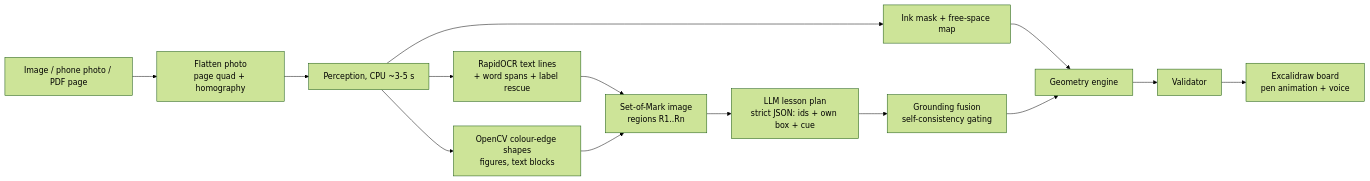
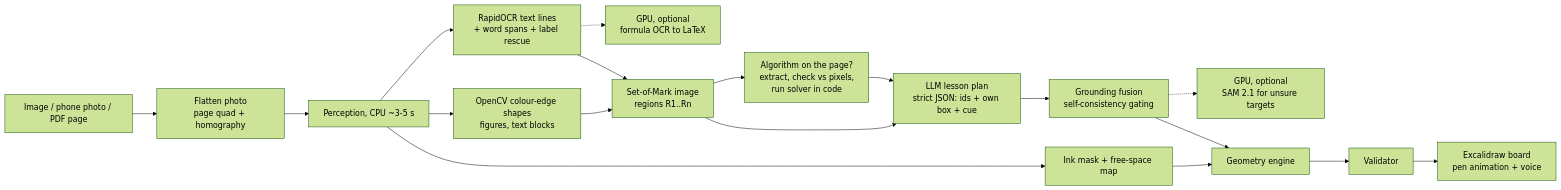
The diagram in README.md (AuvroIslam/DrawExplain), drawn with Mermaid (forest theme) before and after one commit. The commit also changed other lines of this file and 1 other file, not shown here.

Commit message:
Document solver, GPU and benchmark results

````diff
--- a/README.md
+++ b/README.md
@@ -35,13 +40,17 @@
 ```mermaid
 flowchart LR
   A[Image / phone photo / PDF page] --> B[Flatten photo<br/>page quad + homography]
   B --> C[Perception, CPU ~3-5 s]
   C --> C1[RapidOCR text lines<br/>+ word spans + label rescue]
   C --> C2[OpenCV colour-edge shapes<br/>figures, text blocks]
   C --> C3[Ink mask + free-space map]
+  C1 -.-> L[GPU, optional<br/>formula OCR to LaTeX]
   C1 & C2 --> D[Set-of-Mark image<br/>regions R1..Rn]
-  D --> E[LLM lesson plan<br/>strict JSON: ids + own box + cue]
+  D --> S[Algorithm on the page?<br/>extract, check vs pixels,<br/>run solver in code]
+  S --> E[LLM lesson plan<br/>strict JSON: ids + own box + cue]
+  D --> E
   E --> F[Grounding fusion<br/>self-consistency gating]
+  F -.-> M[GPU, optional<br/>SAM 2.1 for unsure targets]
   C3 --> G[Geometry engine]
   F --> G --> H[Validator] --> I[Excalidraw board<br/>pen animation + voice]
 ```
````
